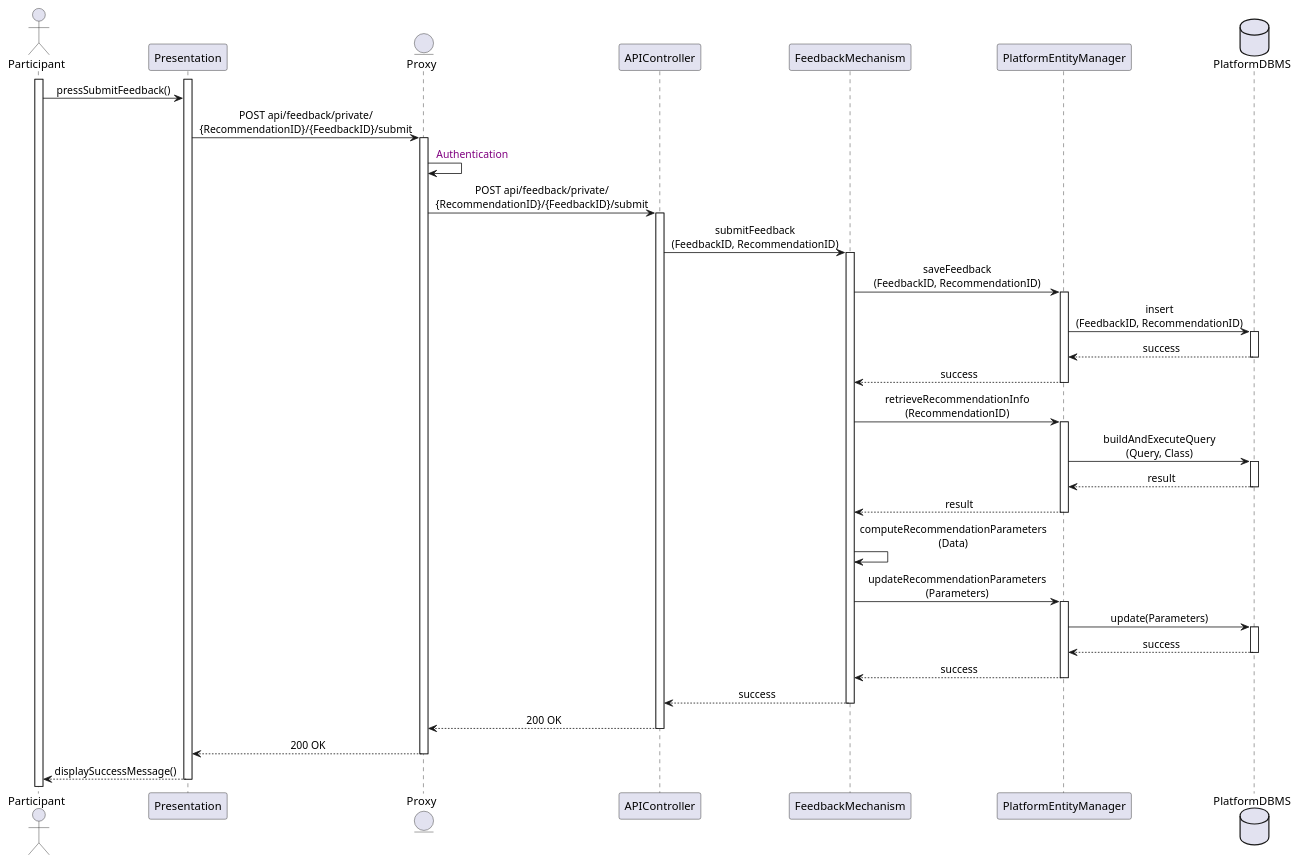
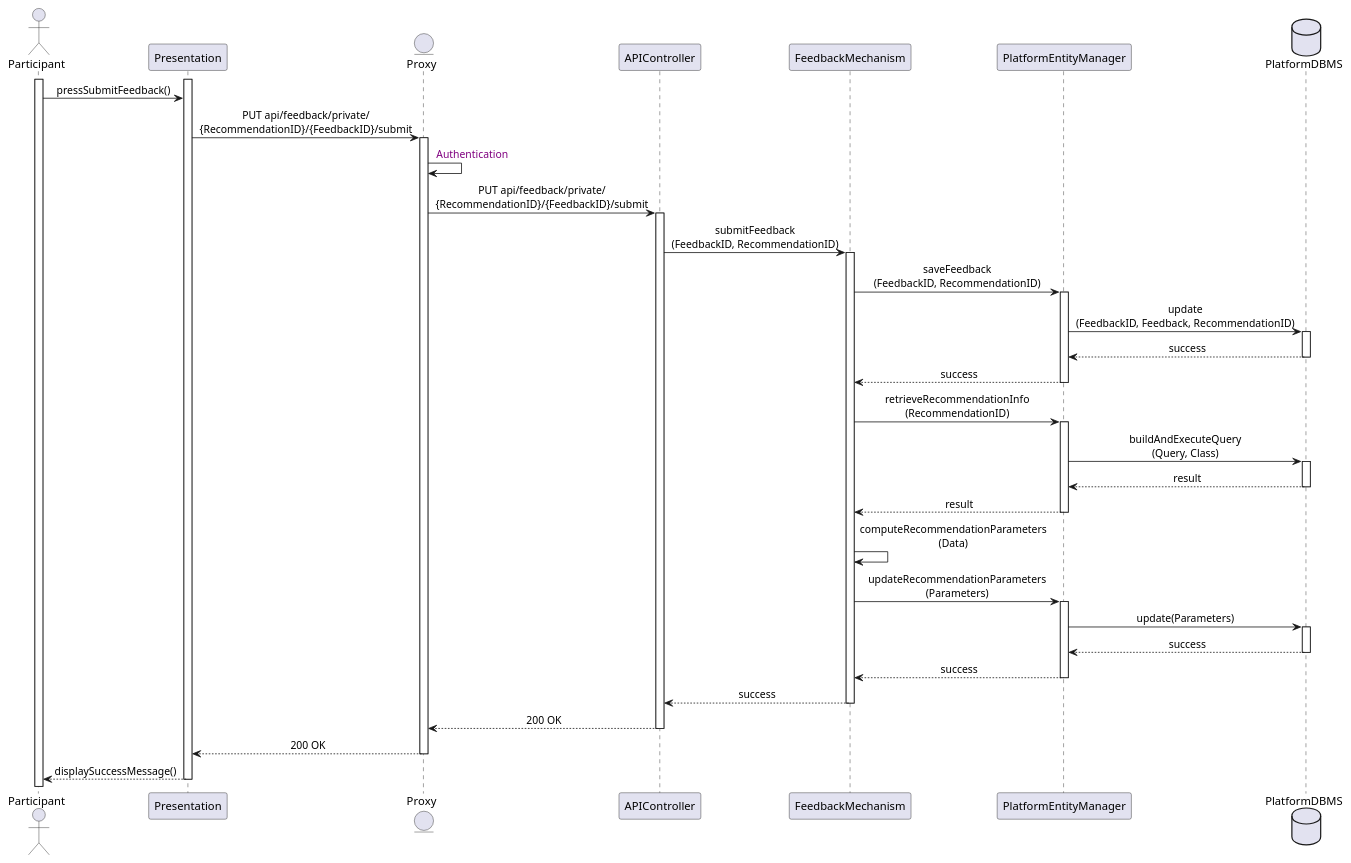
Before and after one commit to Slaitroc/RicciPaoliGrisoni: the diagram in Diagrams/SequenceDiagrams/DD/6.2ParticipantSubmitsFeedback.wsd, drawn with PlantUML.

Commit message:
Update feedback submission API calls to use PUT method and adjust database operations

```diff
--- a/Diagrams/SequenceDiagrams/DD/6.2ParticipantSubmitsFeedback.wsd
+++ b/Diagrams/SequenceDiagrams/DD/6.2ParticipantSubmitsFeedback.wsd
@@ -1,35 +1,35 @@
 @startuml SubmitFeedback
 skinparam sequenceMessageAlign center
 actor       Participant
 participant  Presentation
 entity      Proxy
 participant APIController
 participant FeedbackMechanism
 participant PlatformEntityManager
 database    PlatformDBMS
 
 activate Participant
 activate Presentation
 Participant -> Presentation  : pressSubmitFeedback()
-Presentation -> Proxy ++ : POST api/feedback/private/\n{RecommendationID}/{FeedbackID}/submit
+Presentation -> Proxy ++ : PUT api/feedback/private/\n{RecommendationID}/{FeedbackID}/submit
 Proxy -> Proxy : <color:purple> Authentication
-Proxy -> APIController ++ : POST api/feedback/private/\n{RecommendationID}/{FeedbackID}/submit
+Proxy -> APIController ++ : PUT api/feedback/private/\n{RecommendationID}/{FeedbackID}/submit
 APIController -> FeedbackMechanism ++ : submitFeedback\n(FeedbackID, RecommendationID)
 FeedbackMechanism -> PlatformEntityManager ++ : saveFeedback\n(FeedbackID, RecommendationID)
-PlatformEntityManager -> PlatformDBMS ++ : insert\n(FeedbackID, RecommendationID)
+PlatformEntityManager -> PlatformDBMS ++ : update\n(FeedbackID, Feedback, RecommendationID)
 PlatformDBMS --> PlatformEntityManager -- : success
 PlatformEntityManager --> FeedbackMechanism -- : success
 FeedbackMechanism -> PlatformEntityManager ++ : retrieveRecommendationInfo\n(RecommendationID)
 PlatformEntityManager -> PlatformDBMS ++ : buildAndExecuteQuery\n(Query, Class)
 PlatformDBMS --> PlatformEntityManager -- : result
 PlatformEntityManager --> FeedbackMechanism -- : result
 FeedbackMechanism -> FeedbackMechanism : computeRecommendationParameters\n(Data)
 FeedbackMechanism -> PlatformEntityManager ++ : updateRecommendationParameters\n(Parameters)
 PlatformEntityManager -> PlatformDBMS ++ : update(Parameters)
 PlatformDBMS --> PlatformEntityManager -- : success
 PlatformEntityManager --> FeedbackMechanism -- : success
 FeedbackMechanism --> APIController -- : success
 APIController --> Proxy -- : 200 OK  
 Proxy --> Presentation -- : 200 OK 
 Presentation --> Participant -- : displaySuccessMessage()
 @enduml
```
